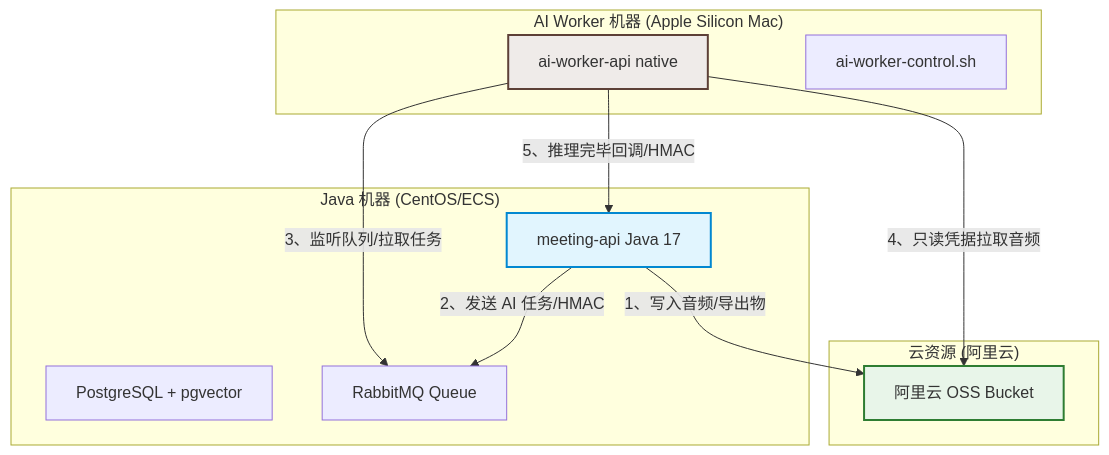
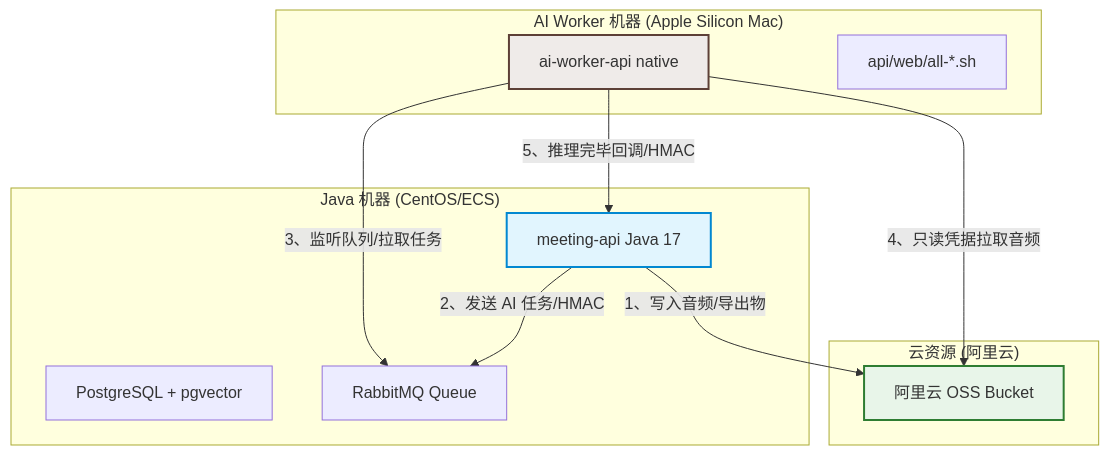
The diagram in docs/runbooks/ai-worker-apple-silicon.md (JAHSEH618/meeting), drawn with Mermaid before and after one commit. The commit also changed other lines of this file and 25 other files, not shown here.

````diff
--- a/docs/runbooks/ai-worker-apple-silicon.md
+++ b/docs/runbooks/ai-worker-apple-silicon.md
@@ -20,28 +20,28 @@
 ```mermaid
 graph TD
     subgraph id1 ["Java 机器 (CentOS/ECS)"]
         java["meeting-api Java 17"]
         pg["PostgreSQL + pgvector"]
         mq["RabbitMQ Queue"]
     end
 
     subgraph id2 ["AI Worker 机器 (Apple Silicon Mac)"]
         worker["ai-worker-api native"]
-        control["ai-worker-control.sh"]
+        control["api/web/all-*.sh"]
     end
 
     subgraph id3 ["云资源 (阿里云)"]
         oss["阿里云 OSS Bucket"]
     end
 
     %% Flow lines
     java -->|"1、写入音频/导出物"| oss
     java -->|"2、发送 AI 任务/HMAC"| mq
     worker -->|"3、监听队列/拉取任务"| mq
     worker -->|"4、只读凭据拉取音频"| oss
     worker -->|"5、推理完毕回调/HMAC"| java
 
     style java fill:#e1f5fe,stroke:#0288d1,stroke-width:2px
     style worker fill:#efebe9,stroke:#5d4037,stroke-width:2px
     style oss fill:#e8f5e9,stroke:#2e7d32,stroke-width:2px
 ```
````
